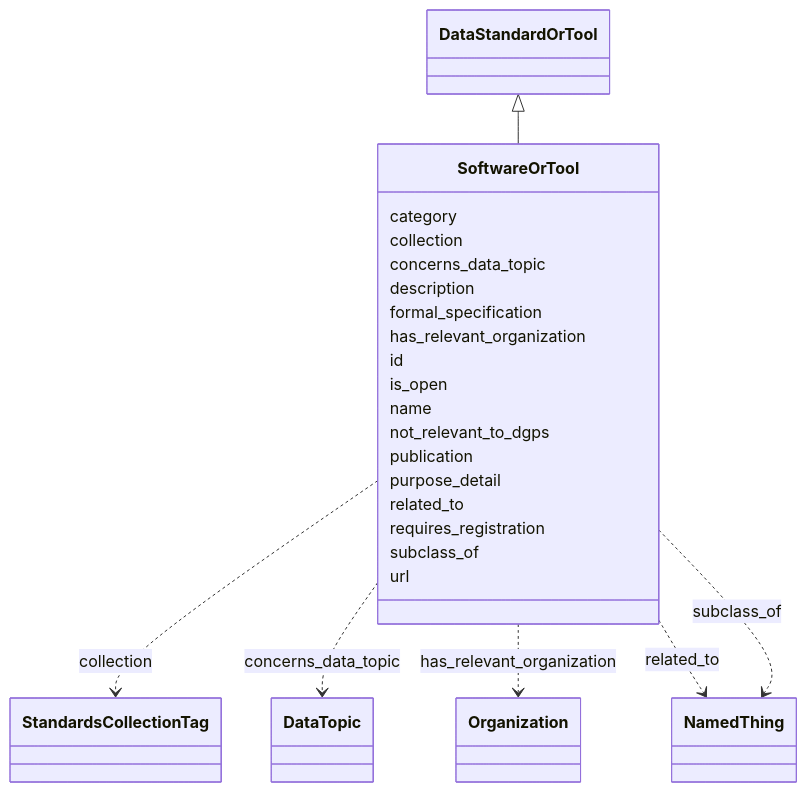
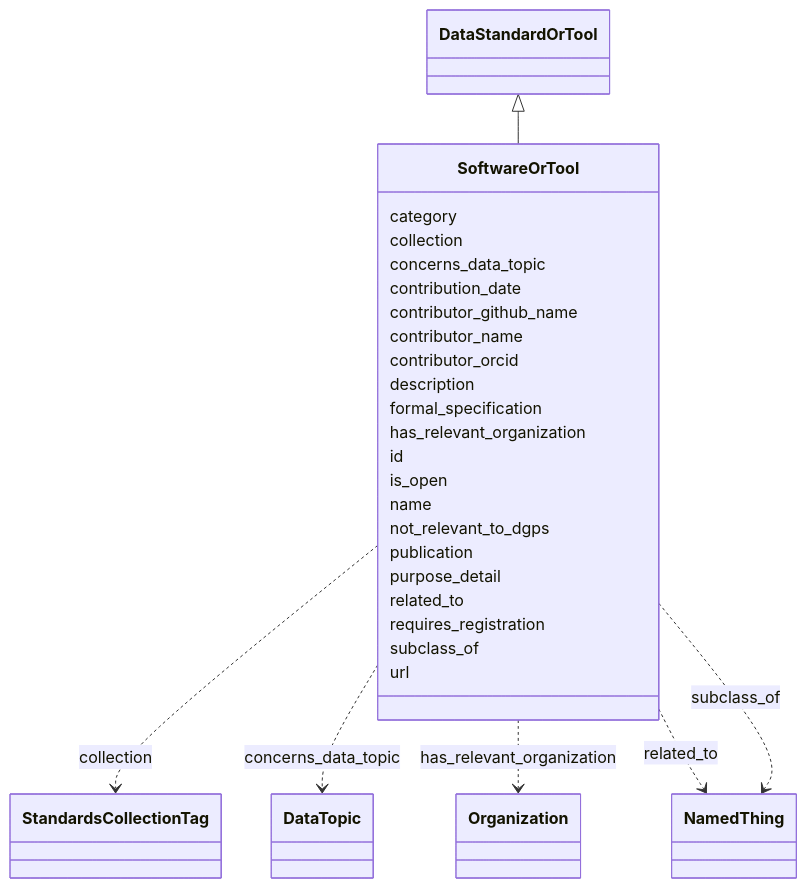
Before and after one commit to bridge2ai/standards-schemas: the diagram in docs/SoftwareOrTool.md, drawn with Mermaid. The commit also changed other lines of this file and 51 other files, not shown here.

````diff
--- a/docs/SoftwareOrTool.md
+++ b/docs/SoftwareOrTool.md
@@ -11,49 +11,57 @@
 ```mermaid
  classDiagram
     class SoftwareOrTool
       DataStandardOrTool <|-- SoftwareOrTool
       
       SoftwareOrTool : category
         
       SoftwareOrTool : collection
         
           SoftwareOrTool ..> StandardsCollectionTag : collection
         
       SoftwareOrTool : concerns_data_topic
         
           SoftwareOrTool ..> DataTopic : concerns_data_topic
+        
+      SoftwareOrTool : contribution_date
+        
+      SoftwareOrTool : contributor_github_name
+        
+      SoftwareOrTool : contributor_name
+        
+      SoftwareOrTool : contributor_orcid
         
       SoftwareOrTool : description
         
       SoftwareOrTool : formal_specification
         
       SoftwareOrTool : has_relevant_organization
         
           SoftwareOrTool ..> Organization : has_relevant_organization
         
       SoftwareOrTool : id
         
       SoftwareOrTool : is_open
         
       SoftwareOrTool : name
         
       SoftwareOrTool : not_relevant_to_dgps
         
       SoftwareOrTool : publication
         
       SoftwareOrTool : purpose_detail
         
       SoftwareOrTool : related_to
         
           SoftwareOrTool ..> NamedThing : related_to
         
       SoftwareOrTool : requires_registration
         
       SoftwareOrTool : subclass_of
         
           SoftwareOrTool ..> NamedThing : subclass_of
         
       SoftwareOrTool : url
         
       
 ```
````
